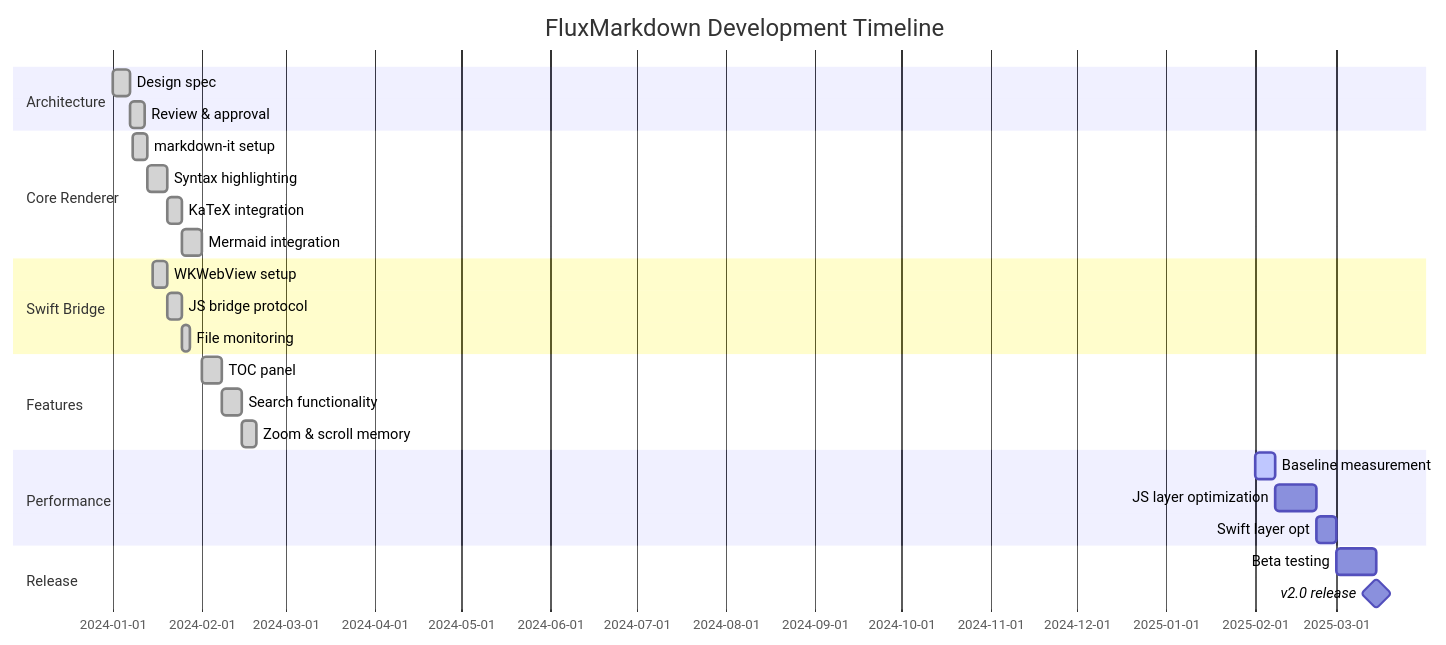
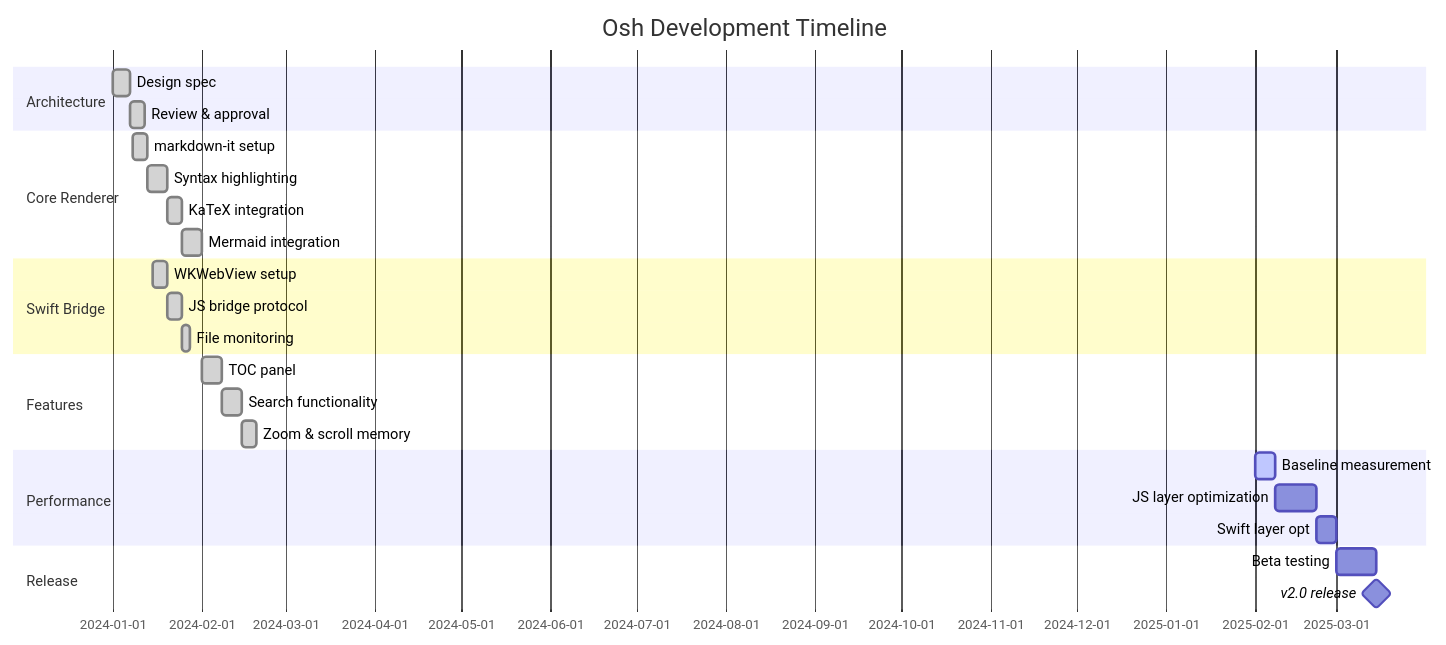
One commit to Hyp4tia/Osh changed the fifth of 8 diagrams in benchmark/fixtures/05-mermaid.md. Above: the diagram before and after it, drawn with Mermaid. The commit also changed 5 other files, not shown here.

````diff
--- a/benchmark/fixtures/05-mermaid.md
+++ b/benchmark/fixtures/05-mermaid.md
@@ -167,28 +167,28 @@
 ```mermaid
 gantt
-    title FluxMarkdown Development Timeline
+    title Osh Development Timeline
     dateFormat  YYYY-MM-DD
     section Architecture
     Design spec           :done, arch1, 2024-01-01, 2024-01-07
     Review & approval     :done, arch2, after arch1, 5d
     section Core Renderer
     markdown-it setup     :done, core1, 2024-01-08, 5d
     Syntax highlighting   :done, core2, after core1, 7d
     KaTeX integration     :done, core3, after core2, 5d
     Mermaid integration   :done, core4, after core3, 7d
     section Swift Bridge
     WKWebView setup       :done, swift1, 2024-01-15, 5d
     JS bridge protocol    :done, swift2, after swift1, 5d
     File monitoring       :done, swift3, after swift2, 3d
     section Features
     TOC panel             :done, feat1, 2024-02-01, 7d
     Search functionality  :done, feat2, after feat1, 7d
     Zoom & scroll memory  :done, feat3, after feat2, 5d
     section Performance
     Baseline measurement  :active, perf1, 2025-02-01, 7d
     JS layer optimization :perf2, after perf1, 14d
     Swift layer opt       :perf3, after perf2, 7d
     section Release
     Beta testing          :2025-03-01, 14d
     v2.0 release          :milestone, 2025-03-15, 0d
 ```
````
